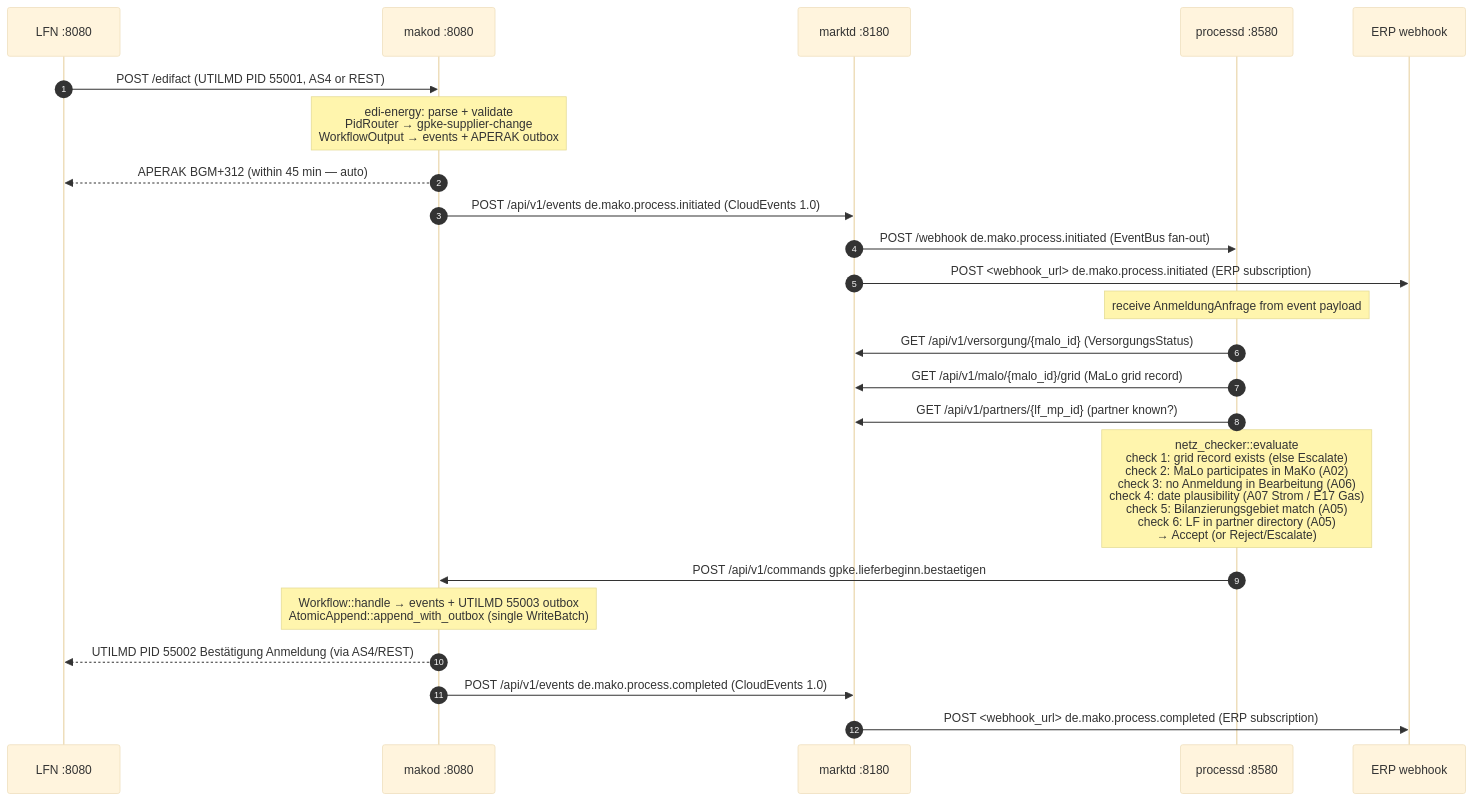
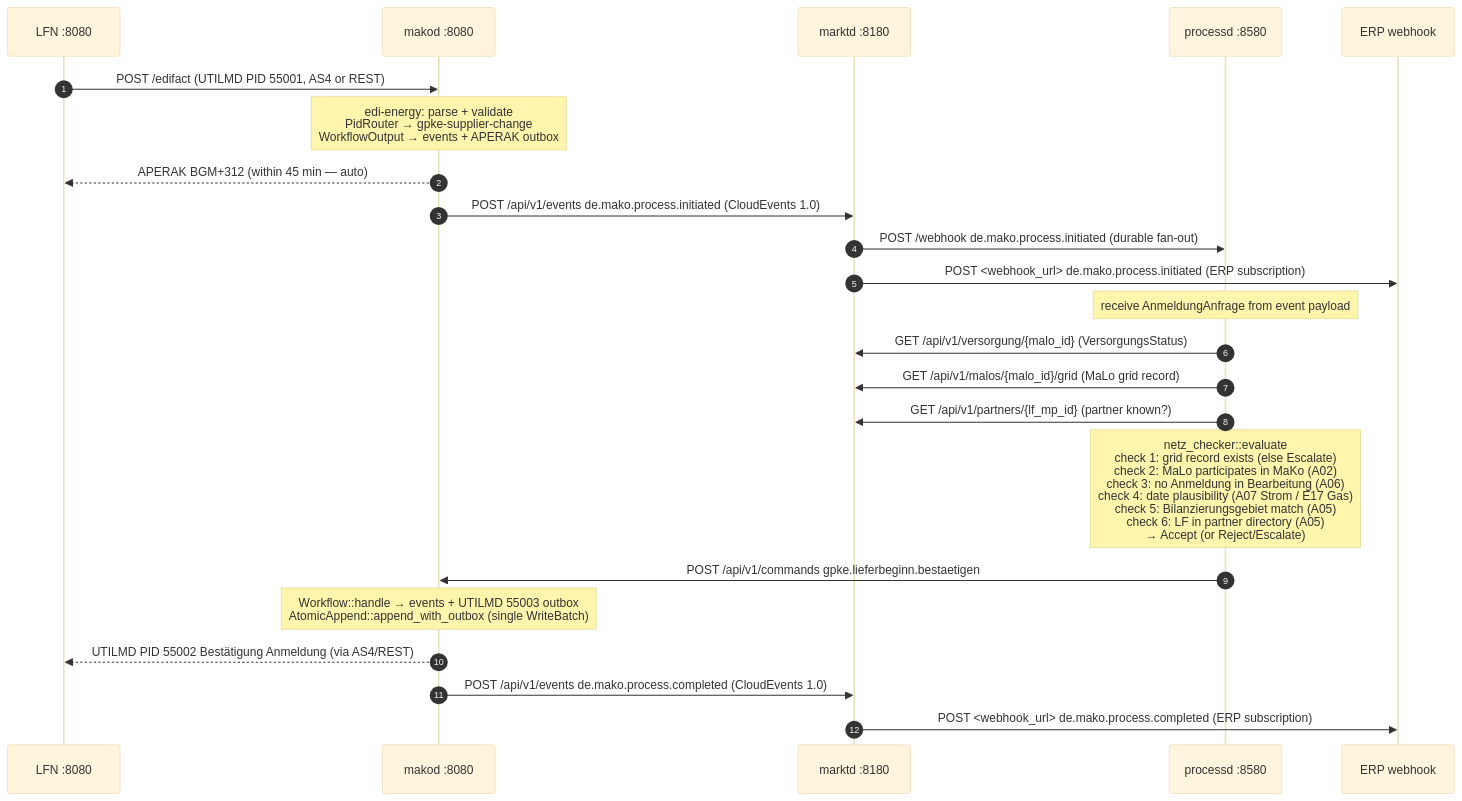
The fifth of 5 diagrams in site/content/docs/architecture/_index.md (hupe1980/mako), drawn with Mermaid (base theme) before and after one commit. The commit also changed other lines of this file and 137 other files, not shown here.

````diff
--- a/site/content/docs/architecture/_index.md
+++ b/site/content/docs/architecture/_index.md
@@ -524,27 +524,27 @@
 ```mermaid
 sequenceDiagram
     autonumber
     participant LF as LFN :8080
     participant makod as makod :8080
     participant marktd as marktd :8180
     participant processd as processd :8580
     participant erp as ERP webhook
 
     LF->>makod: POST /edifact  (UTILMD PID 55001, AS4 or REST)
     Note over makod: edi-energy: parse + validate<br/>PidRouter → gpke-supplier-change<br/>WorkflowOutput → events + APERAK outbox
     makod-->>LF: APERAK BGM+312 (within 45 min — auto)
     makod->>marktd: POST /api/v1/events  de.mako.process.initiated  (CloudEvents 1.0)
-    marktd->>processd: POST /webhook  de.mako.process.initiated  (EventBus fan-out)
+    marktd->>processd: POST /webhook  de.mako.process.initiated  (durable fan-out)
     marktd->>erp: POST <webhook_url>  de.mako.process.initiated  (ERP subscription)
 
     Note over processd: receive AnmeldungAnfrage from event payload
     processd->>marktd: GET /api/v1/versorgung/{malo_id}  (VersorgungsStatus)
-    processd->>marktd: GET /api/v1/malo/{malo_id}/grid  (MaLo grid record)
+    processd->>marktd: GET /api/v1/malos/{malo_id}/grid  (MaLo grid record)
     processd->>marktd: GET /api/v1/partners/{lf_mp_id}  (partner known?)
     Note over processd: netz_checker::evaluate<br/>check 1: grid record exists (else Escalate)<br/>check 2: MaLo participates in MaKo (A02)<br/>check 3: no Anmeldung in Bearbeitung (A06)<br/>check 4: date plausibility (A07 Strom / E17 Gas)<br/>check 5: Bilanzierungsgebiet match (A05)<br/>check 6: LF in partner directory (A05)<br/>→ Accept (or Reject/Escalate)
     processd->>makod: POST /api/v1/commands  gpke.lieferbeginn.bestaetigen
     Note over makod: Workflow::handle → events + UTILMD 55003 outbox<br/>AtomicAppend::append_with_outbox (single WriteBatch)
     makod-->>LF: UTILMD PID 55002 Bestätigung Anmeldung (via AS4/REST)
     makod->>marktd: POST /api/v1/events  de.mako.process.completed  (CloudEvents 1.0)
     marktd->>erp: POST <webhook_url>  de.mako.process.completed  (ERP subscription)
 ```
````
